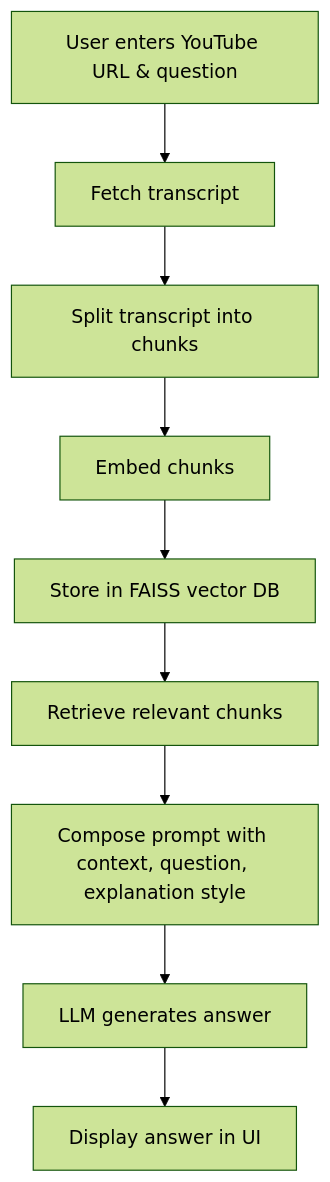
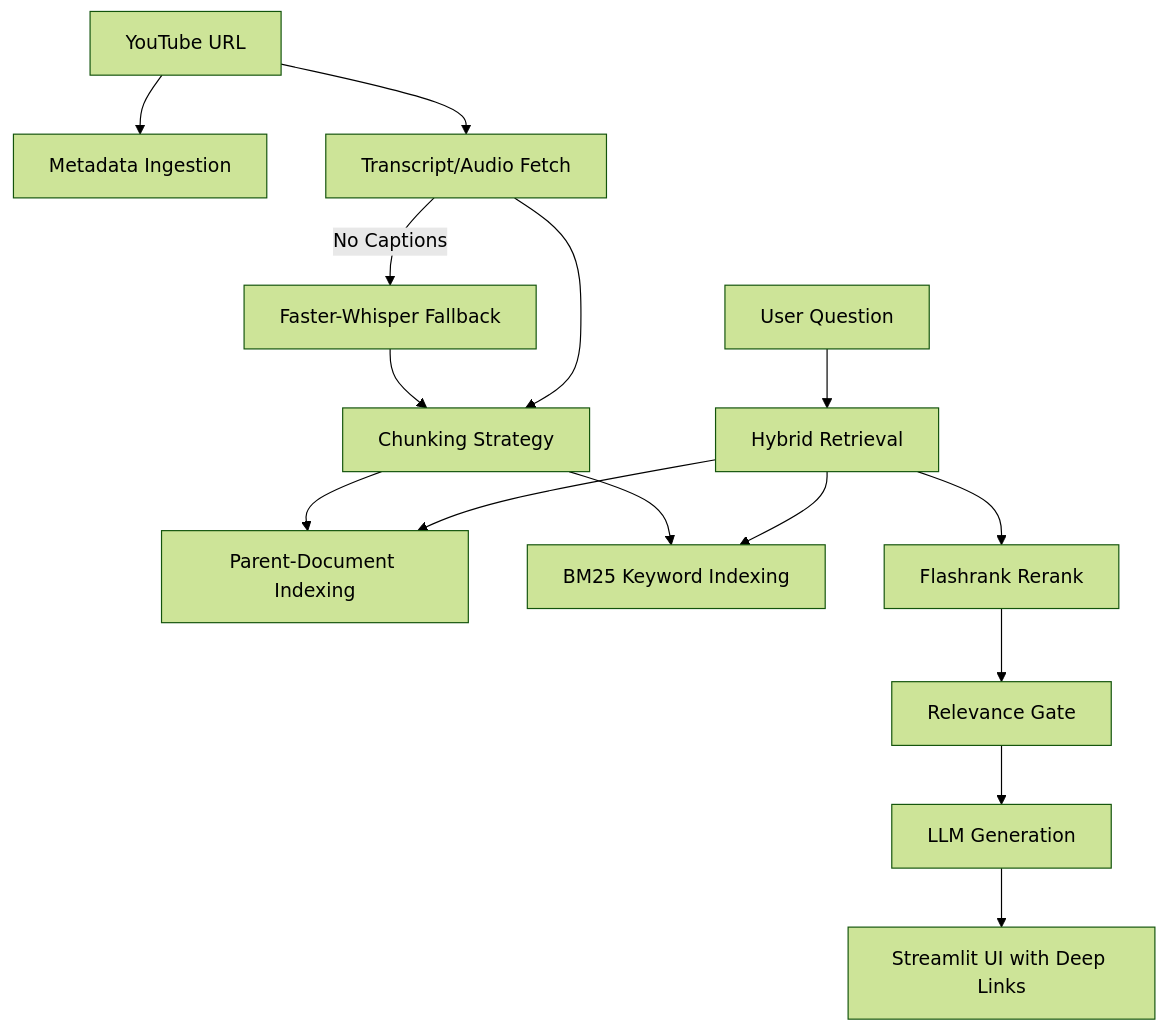
The diagram in README.md (shubh-bhateja/YT_CHATBOT-RAG), drawn with Mermaid (forest theme) before and after one commit. The commit also changed other lines of this file and 7 other files, not shown here.

Commit message:
feat: upgrade to V2 with PDR, Hybrid Search, and Whisper fallback

````diff
--- a/README.md
+++ b/README.md
@@ -90,11 +30,18 @@
 ```mermaid
 graph TD
-    A[User enters YouTube URL & question] --> B[Fetch transcript]
-    B --> C[Split transcript into chunks]
-    C --> D[Embed chunks]
-    D --> E[Store in FAISS vector DB]
-    E --> F[Retrieve relevant chunks]
-    F --> G[Compose prompt with context, question, explanation style]
-    G --> H[LLM generates answer]
-    H --> I[Display answer in UI]
+    URL[YouTube URL] --> META[Metadata Ingestion]
+    URL --> TRAN[Transcript/Audio Fetch]
+    TRAN --> |No Captions| WHIS[Faster-Whisper Fallback]
+    WHIS --> CHUNKS[Chunking Strategy]
+    TRAN --> CHUNKS
+    CHUNKS --> PDR[Parent-Document Indexing]
+    CHUNKS --> BM25[BM25 Keyword Indexing]
+    
+    USER[User Question] --> RET[Hybrid Retrieval]
+    RET --> BM25
+    RET --> PDR
+    RET --> RERANK[Flashrank Rerank]
+    RERANK --> GATE[Relevance Gate]
+    GATE --> LLM[LLM Generation]
+    LLM --> UI[Streamlit UI with Deep Links]
 ```
````
